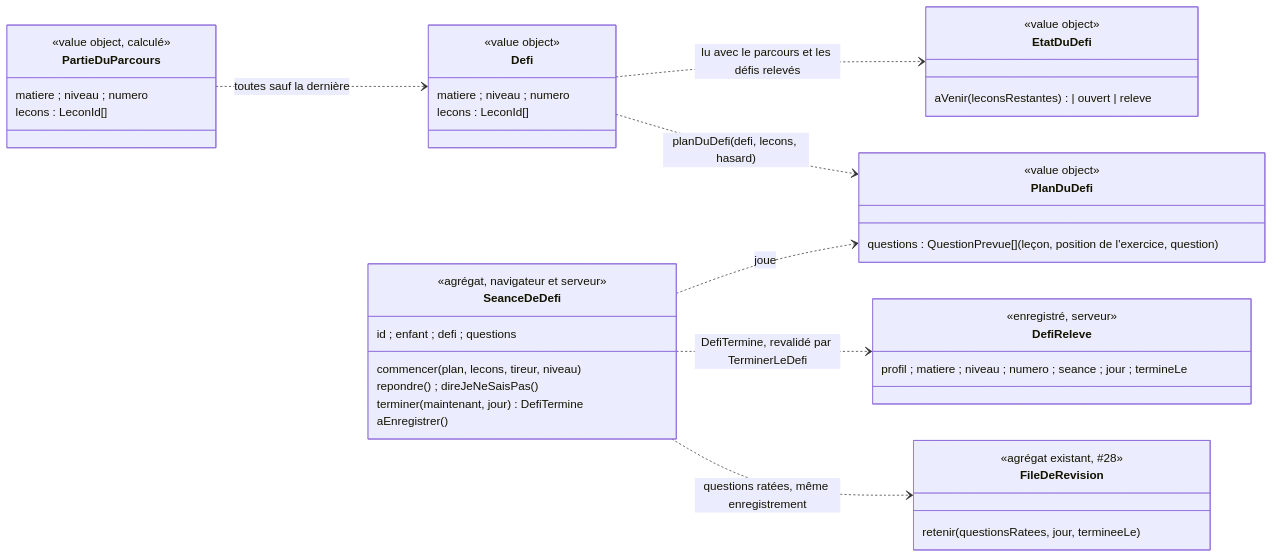
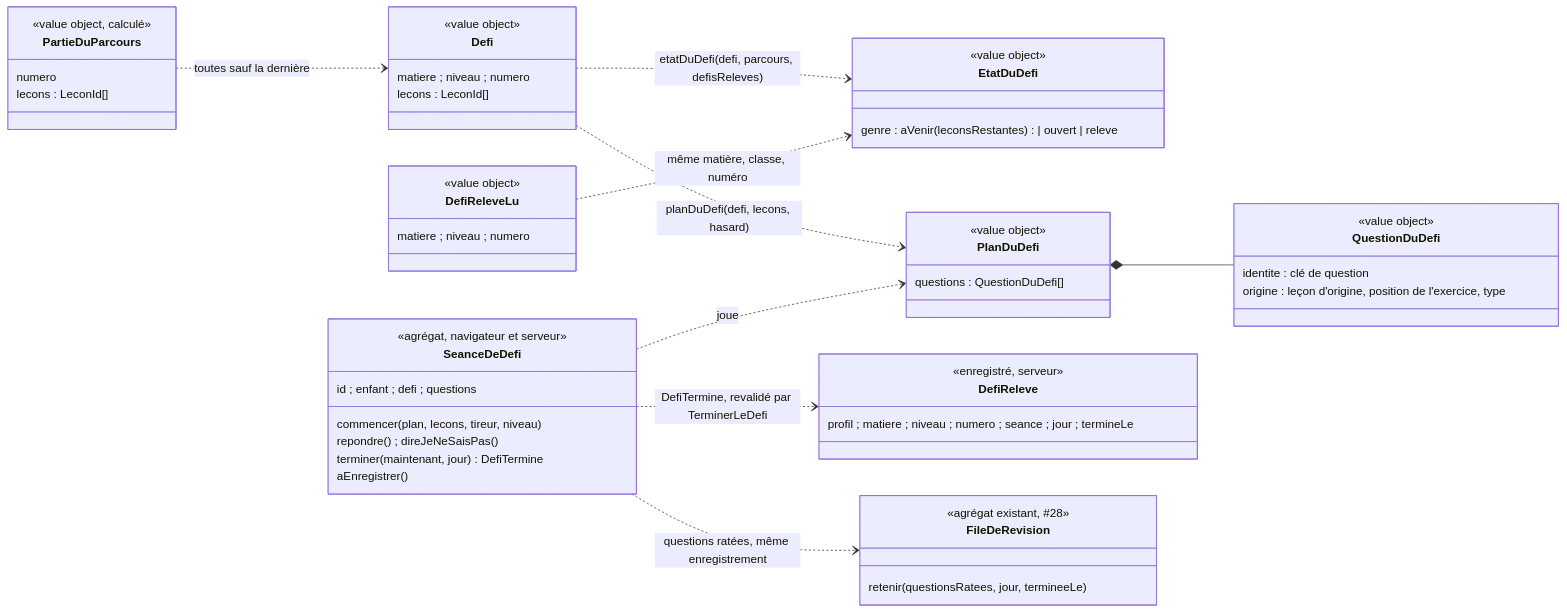
Before and after one commit to SBA-dev/github-move: the diagram in docs/stories/100/domain-model.md, drawn with Mermaid. The commit also changed other lines of this file, not shown here.

First line of the commit message:
docs(#100): aligner le modèle du domaine sur les signatures du code

````diff
--- a/docs/stories/100/domain-model.md
+++ b/docs/stories/100/domain-model.md
@@ -104,44 +104,55 @@
 ```mermaid
 classDiagram
   direction LR
   class PartieDuParcours {
     <<value object, calculé>>
-    matiere ; niveau ; numero
+    numero
     lecons : LeconId[]
   }
   class Defi {
     <<value object>>
     matiere ; niveau ; numero
     lecons : LeconId[]
   }
   class EtatDuDefi {
     <<value object>>
-    aVenir(leconsRestantes) | ouvert | releve
+    genre : aVenir(leconsRestantes) | ouvert | releve
+  }
+  class DefiReleveLu {
+    <<value object>>
+    matiere ; niveau ; numero
   }
   class PlanDuDefi {
     <<value object>>
-    questions : QuestionPrevue[] (leçon, position de l'exercice, question)
+    questions : QuestionDuDefi[]
+  }
+  class QuestionDuDefi {
+    <<value object>>
+    identite : clé de question
+    origine : leçon d'origine, position de l'exercice, type
   }
   class SeanceDeDefi {
     <<agrégat, navigateur et serveur>>
     id ; enfant ; defi ; questions
     commencer(plan, lecons, tireur, niveau)
     repondre() ; direJeNeSaisPas()
     terminer(maintenant, jour) DefiTermine
     aEnregistrer()
   }
   class DefiReleve {
     <<enregistré, serveur>>
     profil ; matiere ; niveau ; numero ; seance ; jour ; termineLe
   }
   class FileDeRevision {
     <<agrégat existant, #28>>
     retenir(questionsRatees, jour, termineeLe)
   }
   PartieDuParcours ..> Defi : toutes sauf la dernière
-  Defi ..> EtatDuDefi : lu avec le parcours et les défis relevés
+  Defi ..> EtatDuDefi : etatDuDefi(defi, parcours, defisReleves)
+  DefiReleveLu ..> EtatDuDefi : même matière, classe, numéro
   Defi ..> PlanDuDefi : planDuDefi(defi, lecons, hasard)
+  PlanDuDefi *-- QuestionDuDefi
   SeanceDeDefi ..> PlanDuDefi : joue
   SeanceDeDefi ..> DefiReleve : DefiTermine, revalidé par TerminerLeDefi
   SeanceDeDefi ..> FileDeRevision : questions ratées, même enregistrement
 ```
````
